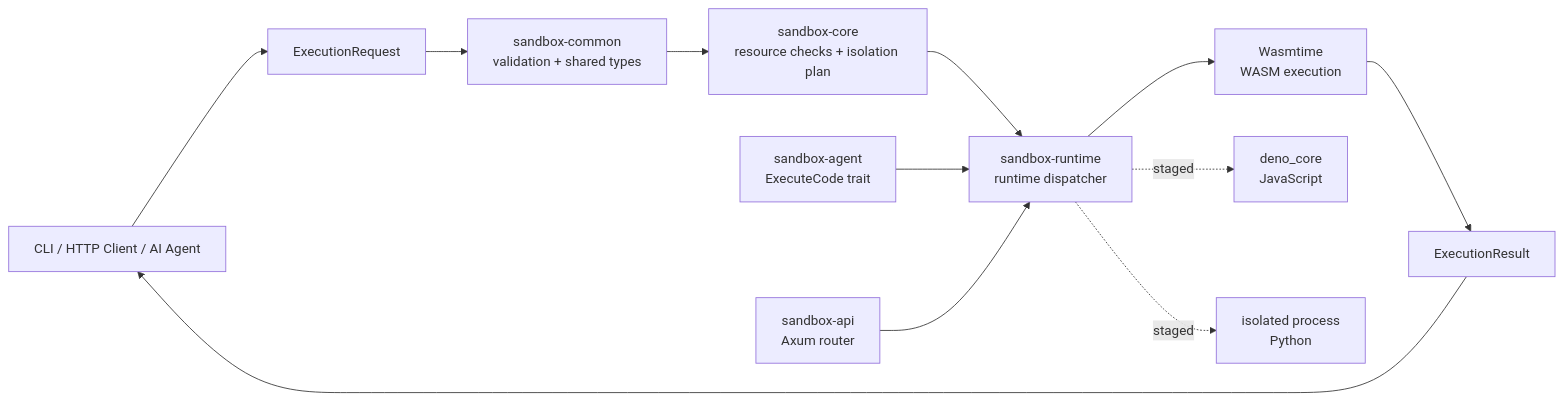
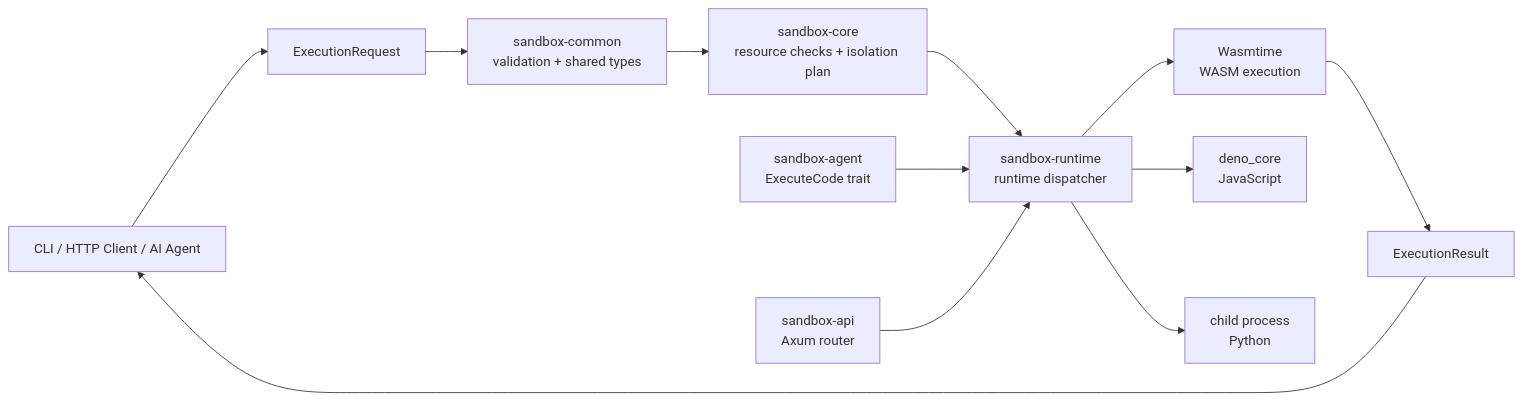
The diagram in README.md (hidecard/CortexEnv), drawn with Mermaid before and after one commit. The commit also changed other lines of this file and 8 other files, not shown here.

Commit message:
feat(runtime): add JavaScript and Python execution

````diff
--- a/README.md
+++ b/README.md
@@ -17,14 +17,14 @@
 ```mermaid
 flowchart LR
     Client[CLI / HTTP Client / AI Agent] --> Request[ExecutionRequest]
     Request --> Common[sandbox-common\nvalidation + shared types]
     Common --> Core[sandbox-core\nresource checks + isolation plan]
     Core --> Dispatch[sandbox-runtime\nruntime dispatcher]
     Dispatch --> Wasm[Wasmtime\nWASM execution]
-    Dispatch -. staged .-> JS[deno_core\nJavaScript]
-    Dispatch -. staged .-> Py[isolated process\nPython]
+    Dispatch --> JS[deno_core\nJavaScript]
+    Dispatch --> Py[child process\nPython]
     Wasm --> Result[ExecutionResult]
     Result --> Client
     Agent[sandbox-agent\nExecuteCode trait] --> Dispatch
     API[sandbox-api\nAxum router] --> Dispatch
 ```
````
